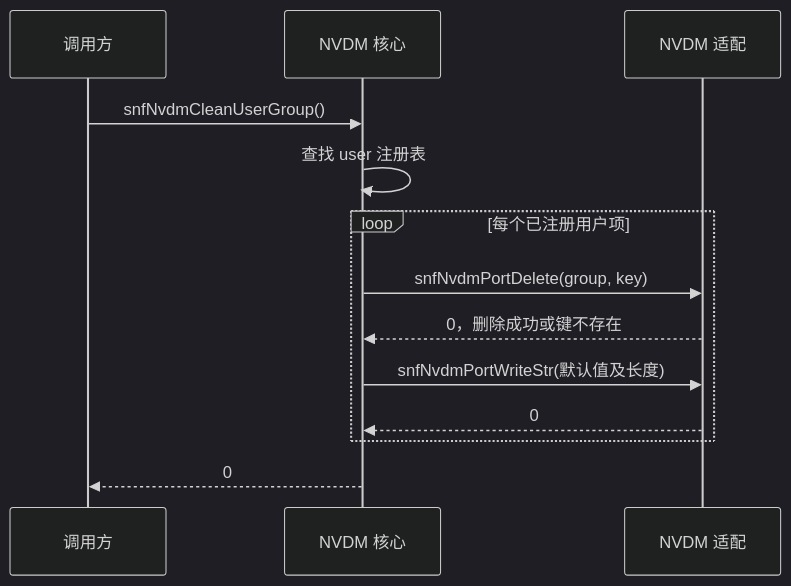
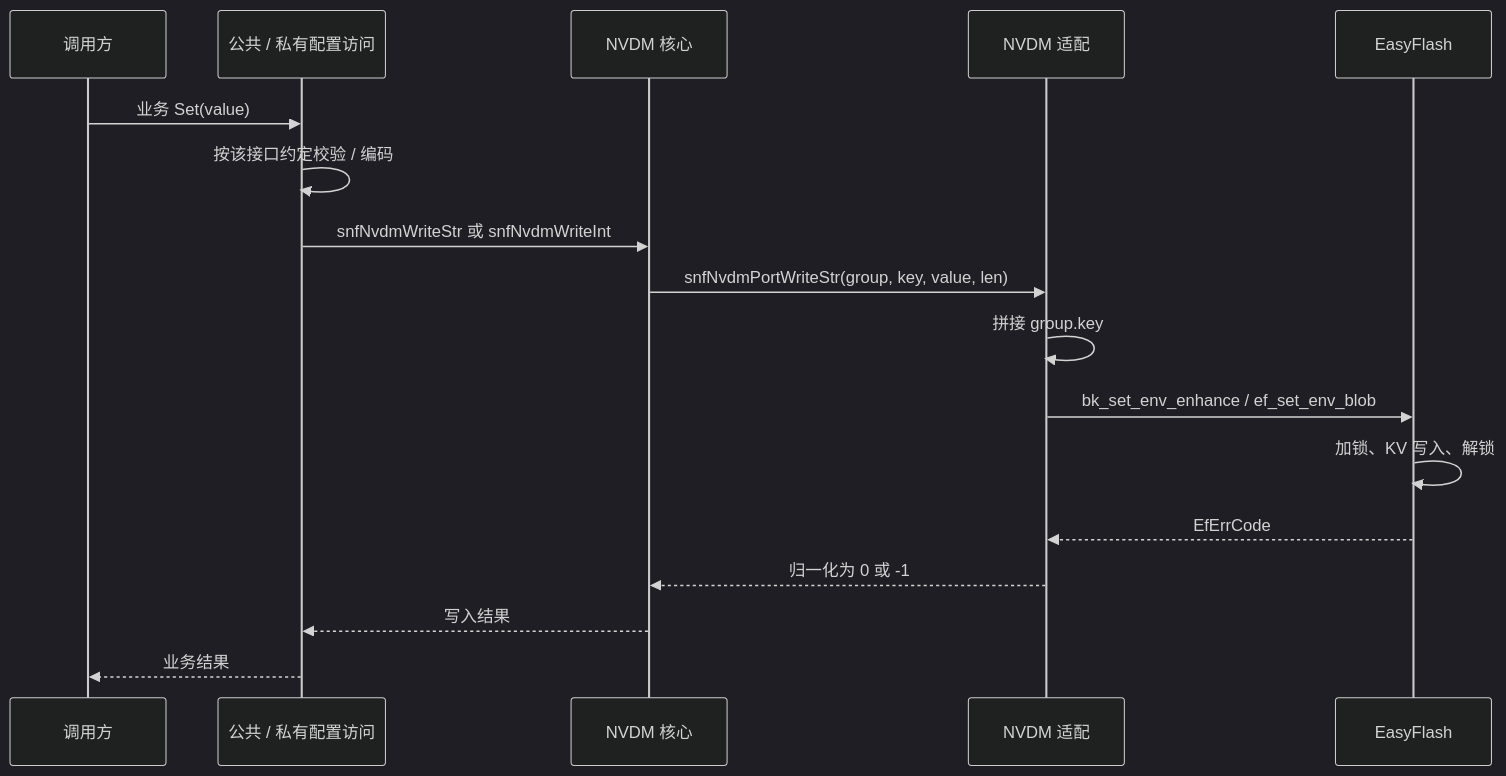
One commit to dragonxiaoex/bk7239 changed the third of 4 diagrams in docs/nvdm.md. Above: the diagram before and after it, drawn with Mermaid (dark theme). The commit also changed other lines of this file and 13 other files, not shown here.

````diff
--- a/docs/nvdm.md
+++ b/docs/nvdm.md
@@ -120,15 +116,19 @@
 ```mermaid
 sequenceDiagram
     participant caller as 调用方
+    participant access as 公共 / 私有配置访问
     participant core as NVDM 核心
     participant port as NVDM 适配
-    caller->>core: snfNvdmCleanUserGroup()
-    core->>core: 查找 user 注册表
-    loop 每个已注册用户项
-        core->>port: snfNvdmPortDelete(group, key)
-        port-->>core: 0，删除成功或键不存在
-        core->>port: snfNvdmPortWriteStr(默认值及长度)
-        port-->>core: 0
-    end
-    core-->>caller: 0
+    participant storage as EasyFlash
+    caller->>access: 业务 Set(value)
+    access->>access: 按该接口约定校验 / 编码
+    access->>core: snfNvdmWriteStr 或 snfNvdmWriteInt
+    core->>port: snfNvdmPortWriteStr(group, key, value, len)
+    port->>port: 拼接 group.key
+    port->>storage: bk_set_env_enhance / ef_set_env_blob
+    storage->>storage: 加锁、KV 写入、解锁
+    storage-->>port: EfErrCode
+    port-->>core: 归一化为 0 或 -1
+    core-->>access: 写入结果
+    access-->>caller: 业务结果
 ```
````
